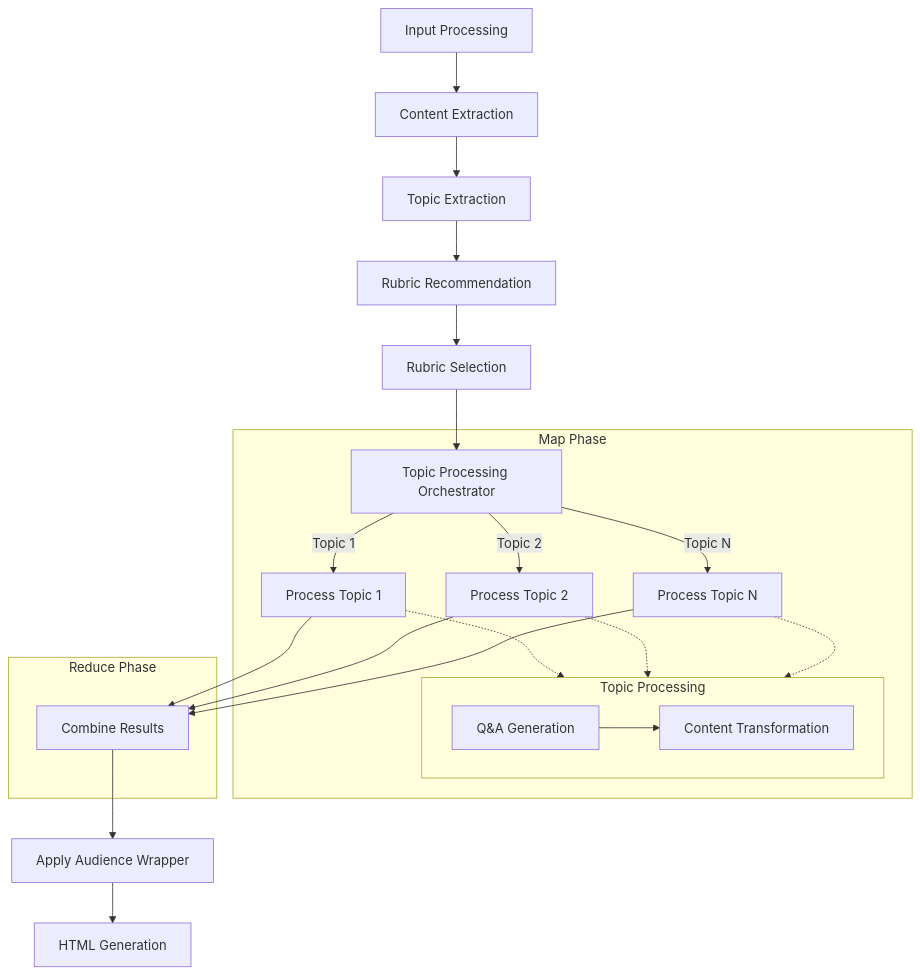
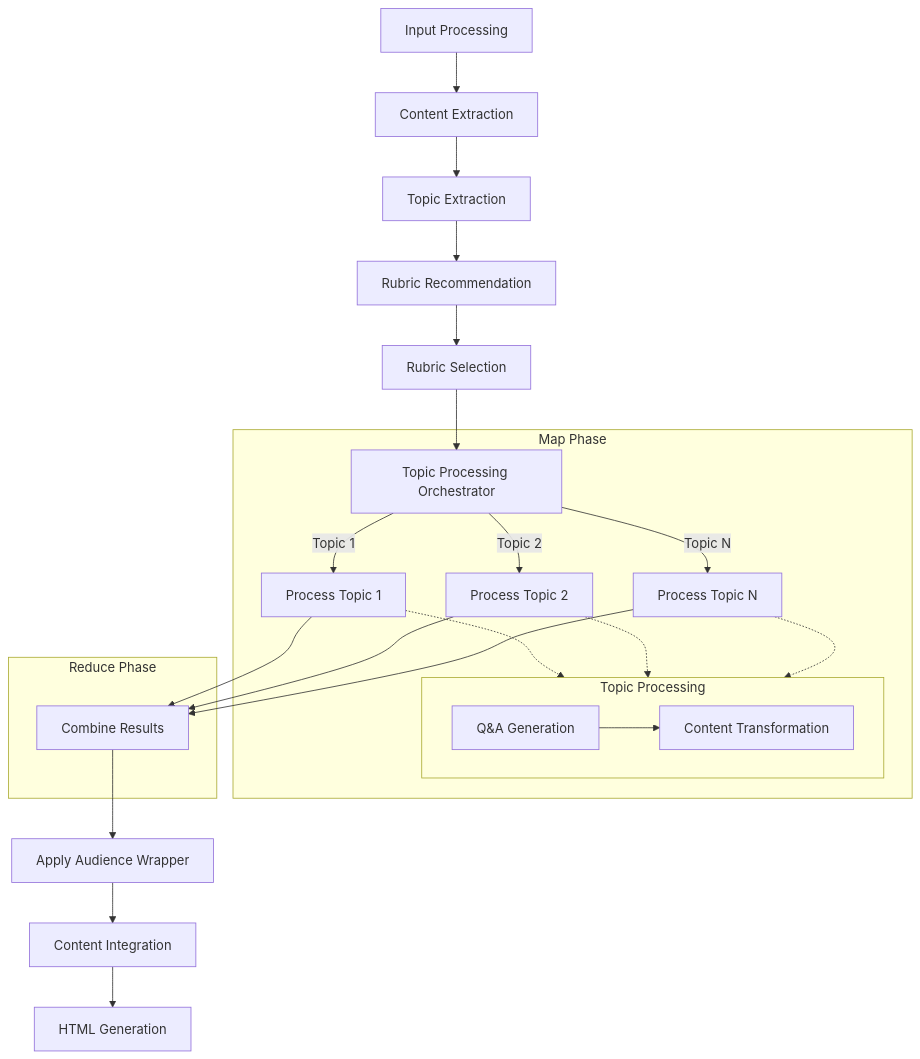
Before and after one commit to Kjdragan/pf1: the diagram in docs/design.md, drawn with Mermaid. The commit also changed other lines of this file and 19 other files, not shown here.

````diff
--- a/docs/design.md
+++ b/docs/design.md
@@ -48,31 +49,32 @@
 ```mermaid
 flowchart TD
     inputNode[Input Processing] --> extractNode[Content Extraction]
     extractNode --> topicNode[Topic Extraction]
     topicNode --> rubricRecNode[Rubric Recommendation]
     rubricRecNode --> rubricSelNode[Rubric Selection]
     rubricSelNode --> orchestratorNode[Topic Processing Orchestrator]
     
     subgraph mapPhase[Map Phase]
         orchestratorNode --> |Topic 1| process1[Process Topic 1]
         orchestratorNode --> |Topic 2| process2[Process Topic 2]
         orchestratorNode --> |Topic N| process3[Process Topic N]
         
         subgraph topicProcess[Topic Processing]
             qa[Q&A Generation] --> transform[Content Transformation]
         end
         
         process1 -.-> topicProcess
         process2 -.-> topicProcess
         process3 -.-> topicProcess
     end
     
     subgraph reducePhase[Reduce Phase]
         process1 --> combineResults[Combine Results]
         process2 --> combineResults
         process3 --> combineResults
     end
     
     combineResults --> audienceNode[Apply Audience Wrapper]
-    audienceNode --> htmlNode[HTML Generation]
+    audienceNode --> integrationNode[Content Integration]
+    integrationNode --> htmlNode[HTML Generation]
 ```
````
